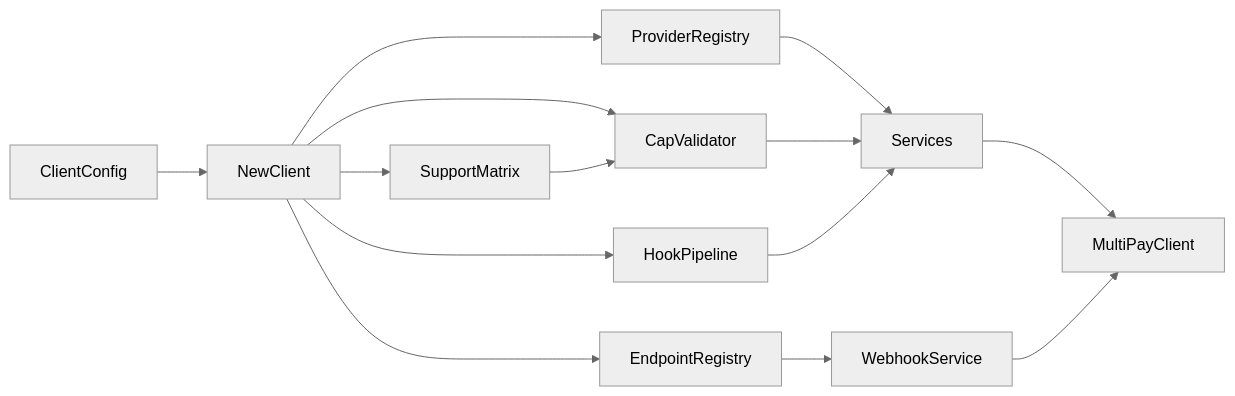
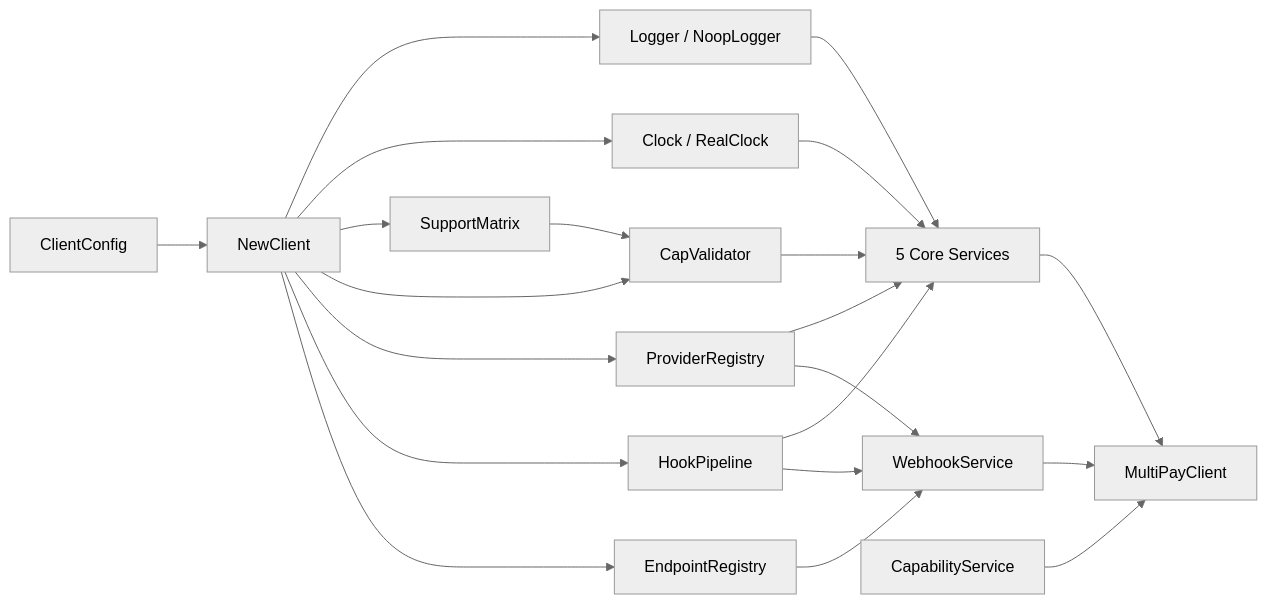
One commit to Bytonomics/multipay-india changed the fifth of 5 diagrams in DESIGN.md. Above: the diagram before and after it, drawn with Mermaid (neutral theme). The commit also changed other lines of this file and 2 other files, not shown here.

First line of the commit message:
docs: sync DESIGN.md with current architecture and add AGENTS.md

````diff
--- a/DESIGN.md
+++ b/DESIGN.md
@@ -125,16 +126,23 @@
 ```mermaid
 flowchart LR
     Config["ClientConfig"] --> NewClient
+    NewClient --> Logger["Logger / NoopLogger"]
+    NewClient --> Clock["Clock / RealClock"]
     NewClient --> SM["SupportMatrix"]
     NewClient --> CV["CapValidator"]
     NewClient --> PR["ProviderRegistry"]
     NewClient --> HP["HookPipeline"]
     NewClient --> ER["EndpointRegistry"]
     SM --> CV
-    PR --> Services
+    PR --> Services["5 Core Services"]
     CV --> Services
     HP --> Services
-    ER --> WebhookSvc["WebhookService"]
+    Logger --> Services
+    Clock --> Services
+    PR --> WebhookSvc["WebhookService"]
+    HP --> WebhookSvc
+    ER --> WebhookSvc
     Services --> MPC["MultiPayClient"]
     WebhookSvc --> MPC
+    CapSvc["CapabilityService"] --> MPC
 ```
````
